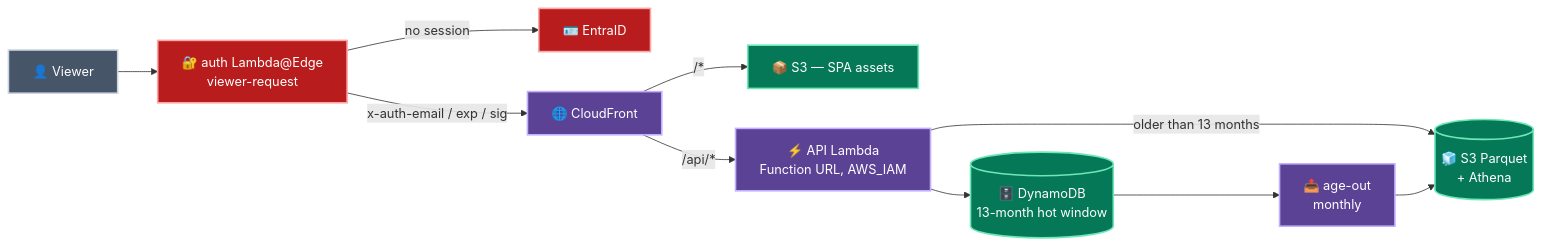
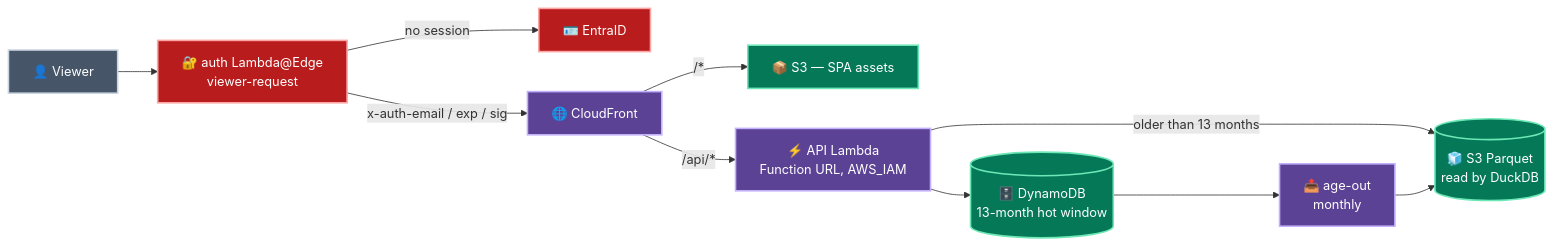
One commit to neozenith/fit changed the diagram in README.md. Above: the diagram before and after it, drawn with Mermaid. The commit also changed other lines of this file and 1 other file, not shown here.

First line of the commit message:
Purge Glue and Athena from the architecture docs

````diff
--- a/README.md
+++ b/README.md
@@ -58,26 +62,26 @@
 ```mermaid
 flowchart LR
     viewer["👤 Viewer"]:::infra
     idp["🪪 EntraID"]:::gate
     auth["🔐 auth Lambda@Edge<br/>viewer-request"]:::gate
     cf["🌐 CloudFront"]:::compute
     s3["📦 S3 — SPA assets"]:::data
     api["⚡ API Lambda<br/>Function URL, AWS_IAM"]:::compute
     ddb[("🗄️ DynamoDB<br/>13-month hot window")]:::data
-    parquet[("🧊 S3 Parquet<br/>+ Athena")]:::data
+    parquet[("🧊 S3 Parquet<br/>read by DuckDB")]:::data
     aged["📤 age-out<br/>monthly"]:::compute
 
     viewer --> auth
     auth -- "no session" --> idp
     auth -- "x-auth-email / exp / sig" --> cf
     cf -- "/*" --> s3
     cf -- "/api/*" --> api
     api --> ddb
     api -- "older than 13 months" --> parquet
     ddb --> aged --> parquet
 
     classDef compute fill:#5c4295,stroke:#c3b0fd,color:#fff,stroke-width:2px
     classDef data fill:#047857,stroke:#6ee7b7,color:#fff,stroke-width:2px
     classDef infra fill:#475569,stroke:#cbd5e1,color:#fff,stroke-width:2px
     classDef gate fill:#b91c1c,stroke:#fca5a5,color:#fff,stroke-width:2px
 ```
````
